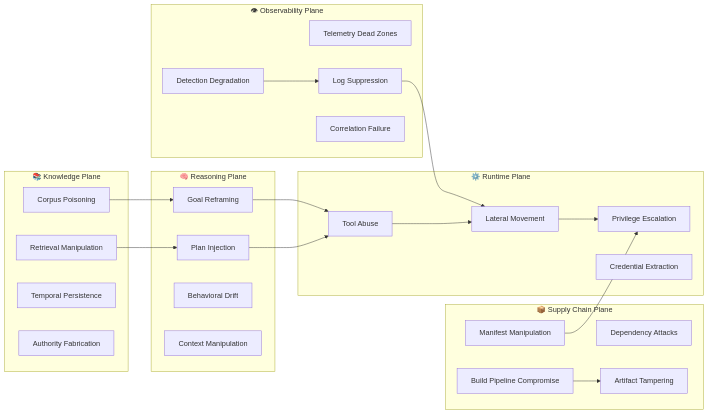
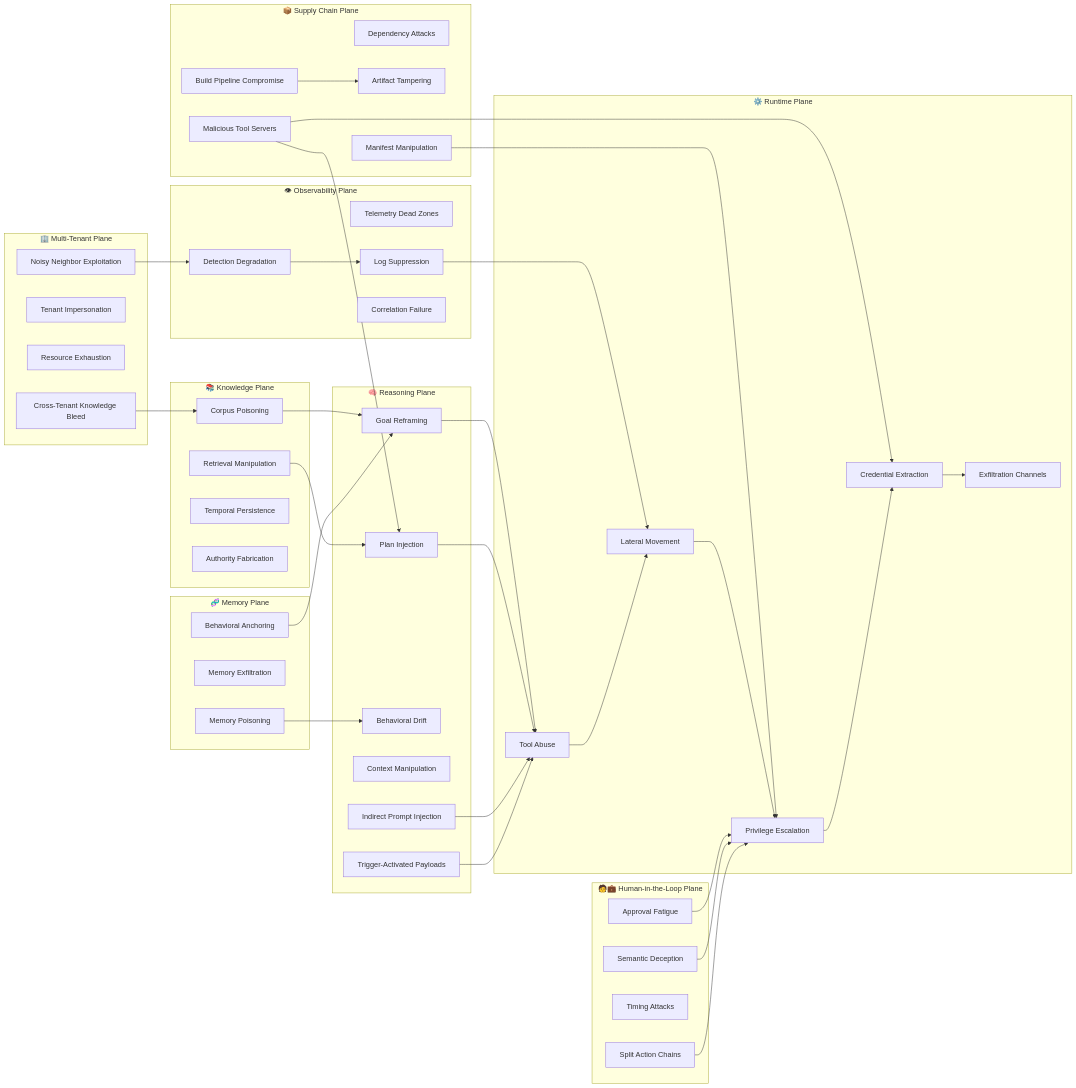
The first of 5 diagrams in mcp/redteam/agentic__.md (babywyrm/sysadmin), drawn with Mermaid before and after one commit. The commit also changed other lines of this file, not shown here.

````diff
--- a/mcp/redteam/agentic__.md
+++ b/mcp/redteam/agentic__.md
@@ -100,6 +131,8 @@
         R2[Plan Injection]
         R3[Behavioral Drift]
         R4[Context Manipulation]
+        R5[Indirect Prompt Injection]
+        R6[Trigger-Activated Payloads]
     end
 
     subgraph KP ["📚 Knowledge Plane"]
@@ -109,11 +142,18 @@
         K4[Authority Fabrication]
     end
 
+    subgraph MP ["🧬 Memory Plane"]
+        M1[Memory Poisoning]
+        M2[Memory Exfiltration]
+        M3[Behavioral Anchoring]
+    end
+
     subgraph SP ["📦 Supply Chain Plane"]
         S1[Dependency Attacks]
         S2[Build Pipeline Compromise]
         S3[Artifact Tampering]
         S4[Manifest Manipulation]
+        S5[Malicious Tool Servers]
     end
 
     subgraph OP ["👁 Observability Plane"]
@@ -123,21 +163,49 @@
         O4[Correlation Failure]
     end
 
+    subgraph HP ["🧑💼 Human-in-the-Loop Plane"]
+        H1[Approval Fatigue]
+        H2[Semantic Deception]
+        H3[Timing Attacks]
+        H4[Split Action Chains]
+    end
+
+    subgraph TP ["🏢 Multi-Tenant Plane"]
+        T1[Cross-Tenant Knowledge Bleed]
+        T2[Tenant Impersonation]
+        T3[Resource Exhaustion]
+        T4[Noisy Neighbor Exploitation]
+    end
+
     subgraph RTP ["⚙️ Runtime Plane"]
         RT1[Tool Abuse]
         RT2[Lateral Movement]
         RT3[Privilege Escalation]
         RT4[Credential Extraction]
+        RT5[Exfiltration Channels]
     end
 
     K1 --> R1
     K2 --> R2
+    M1 --> R3
+    M3 --> R1
     R1 --> RT1
     R2 --> RT1
+    R5 --> RT1
+    R6 --> RT1
     S4 --> RT3
     S2 --> S3
+    S5 --> R2
+    S5 --> RT4
     O2 --> O3
     O3 --> RT2
     RT1 --> RT2
     RT2 --> RT3
+    RT3 --> RT4
+    RT4 --> RT5
+    H1 --> RT3
+    H2 --> RT3
+    H4 --> RT3
+    T1 --> K1
+    T4 --> O2
 ```
````
